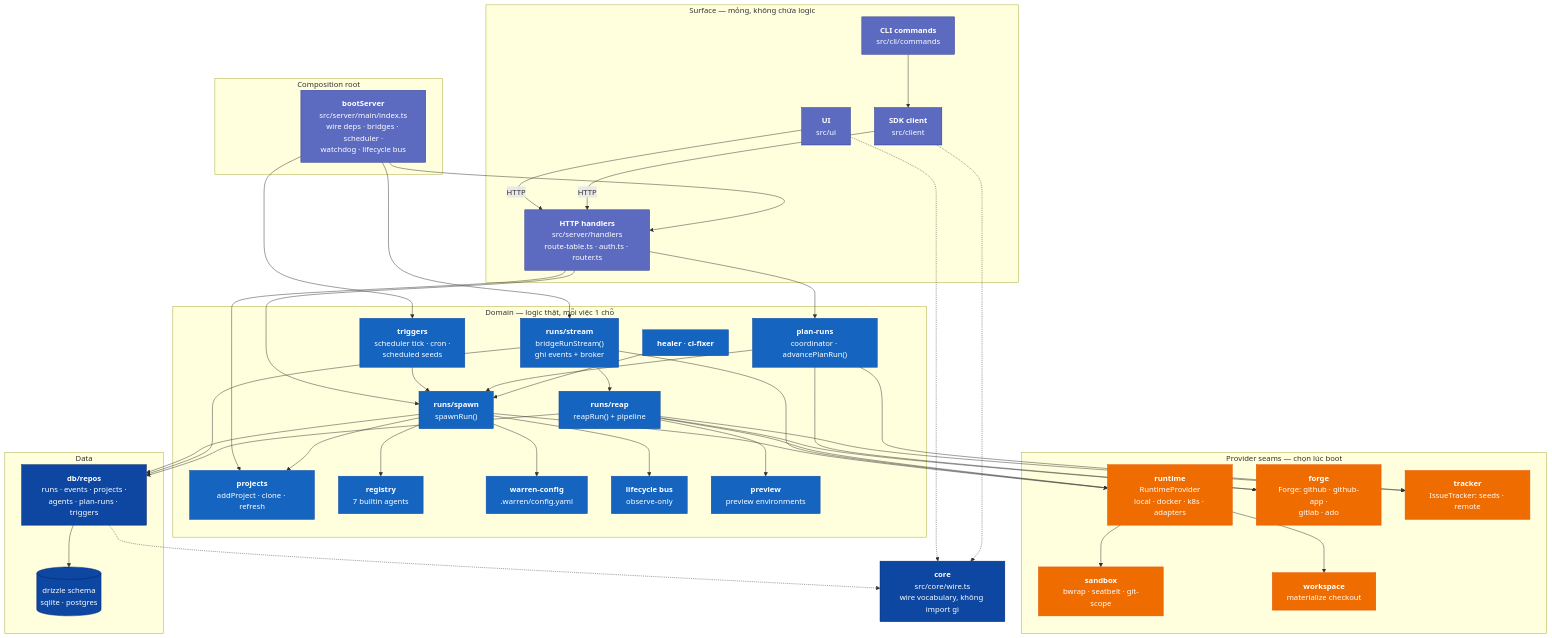
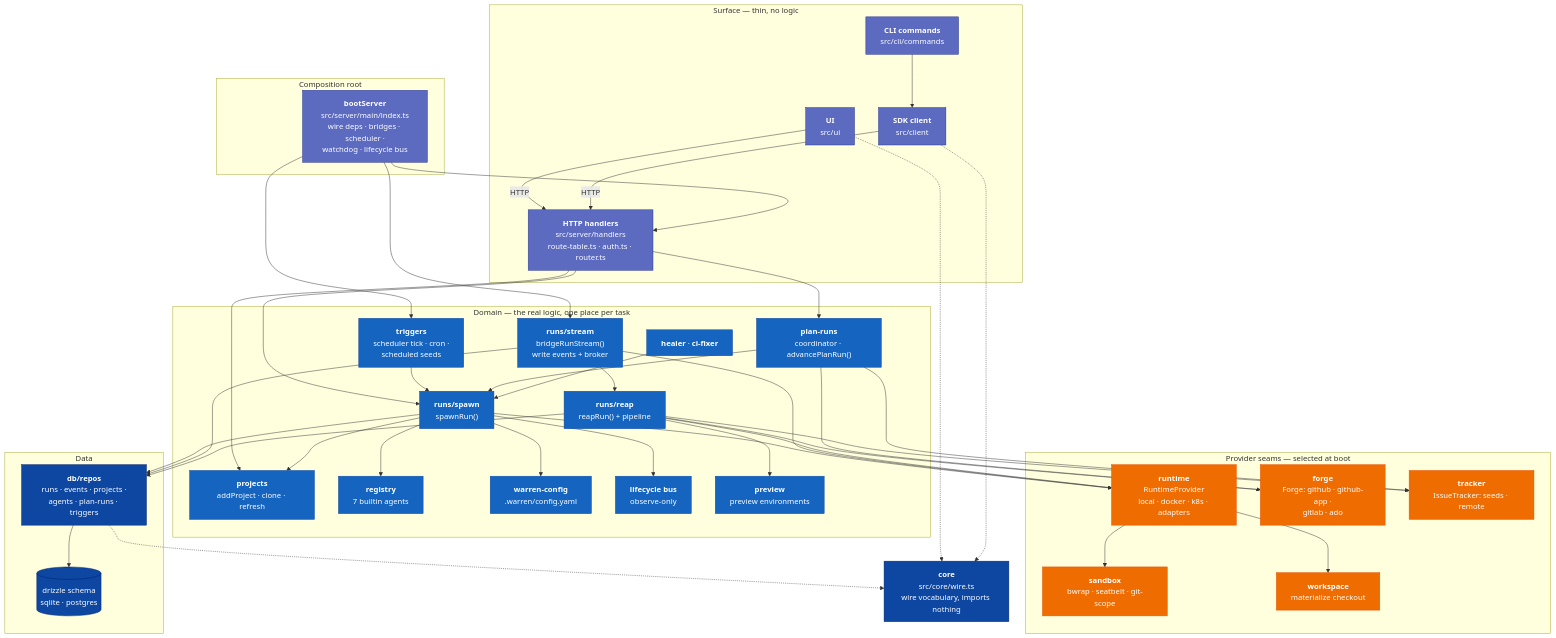
One commit to namphuongtran/warren changed the fourth of 12 diagrams in docs/design/architecture-overview.md. Above: the diagram before and after it, drawn with Mermaid. The commit also changed other lines of this file and 4 other files, not shown here.

````diff
--- a/docs/design/architecture-overview.md
+++ b/docs/design/architecture-overview.md
@@ -170,6 +170,6 @@
 ```mermaid
 flowchart TB
-    subgraph surface["Surface — mỏng, không chứa logic"]
+    subgraph surface["Surface — thin, no logic"]
         handlers["<b>HTTP handlers</b><br/>src/server/handlers<br/>route-table.ts · auth.ts · router.ts"]
         clic["<b>CLI commands</b><br/>src/cli/commands"]
         ui["<b>UI</b><br/>src/ui"]
@@ -180,9 +180,9 @@
         main["<b>bootServer</b><br/>src/server/main/index.ts<br/>wire deps · bridges · scheduler ·<br/>watchdog · lifecycle bus"]
     end
 
-    subgraph domain["Domain — logic thật, mỗi việc 1 chỗ"]
+    subgraph domain["Domain — the real logic, one place per task"]
         spawn["<b>runs/spawn</b><br/>spawnRun()"]
-        stream["<b>runs/stream</b><br/>bridgeRunStream()<br/>ghi events + broker"]
+        stream["<b>runs/stream</b><br/>bridgeRunStream()<br/>write events + broker"]
         reap["<b>runs/reap</b><br/>reapRun() + pipeline"]
         planruns["<b>plan-runs</b><br/>coordinator · advancePlanRun()"]
         triggers["<b>triggers</b><br/>scheduler tick · cron ·<br/>scheduled seeds"]
@@ -194,7 +194,7 @@
         preview["<b>preview</b><br/>preview environments"]
     end
 
-    subgraph seams["Provider seams — chọn lúc boot"]
+    subgraph seams["Provider seams — selected at boot"]
         runtime["<b>runtime</b><br/>RuntimeProvider<br/>local · docker · k8s · adapters"]
         sandbox["<b>sandbox</b><br/>bwrap · seatbelt · git-scope"]
         workspace["<b>workspace</b><br/>materialize checkout"]
@@ -207,7 +207,7 @@
         schema[("drizzle schema<br/>sqlite · postgres")]
     end
 
-    core["<b>core</b><br/>src/core/wire.ts<br/>wire vocabulary, không import gì"]
+    core["<b>core</b><br/>src/core/wire.ts<br/>wire vocabulary, imports nothing"]
 
     ui -- "HTTP" --> handlers
     sdk -- "HTTP" --> handlers
````
